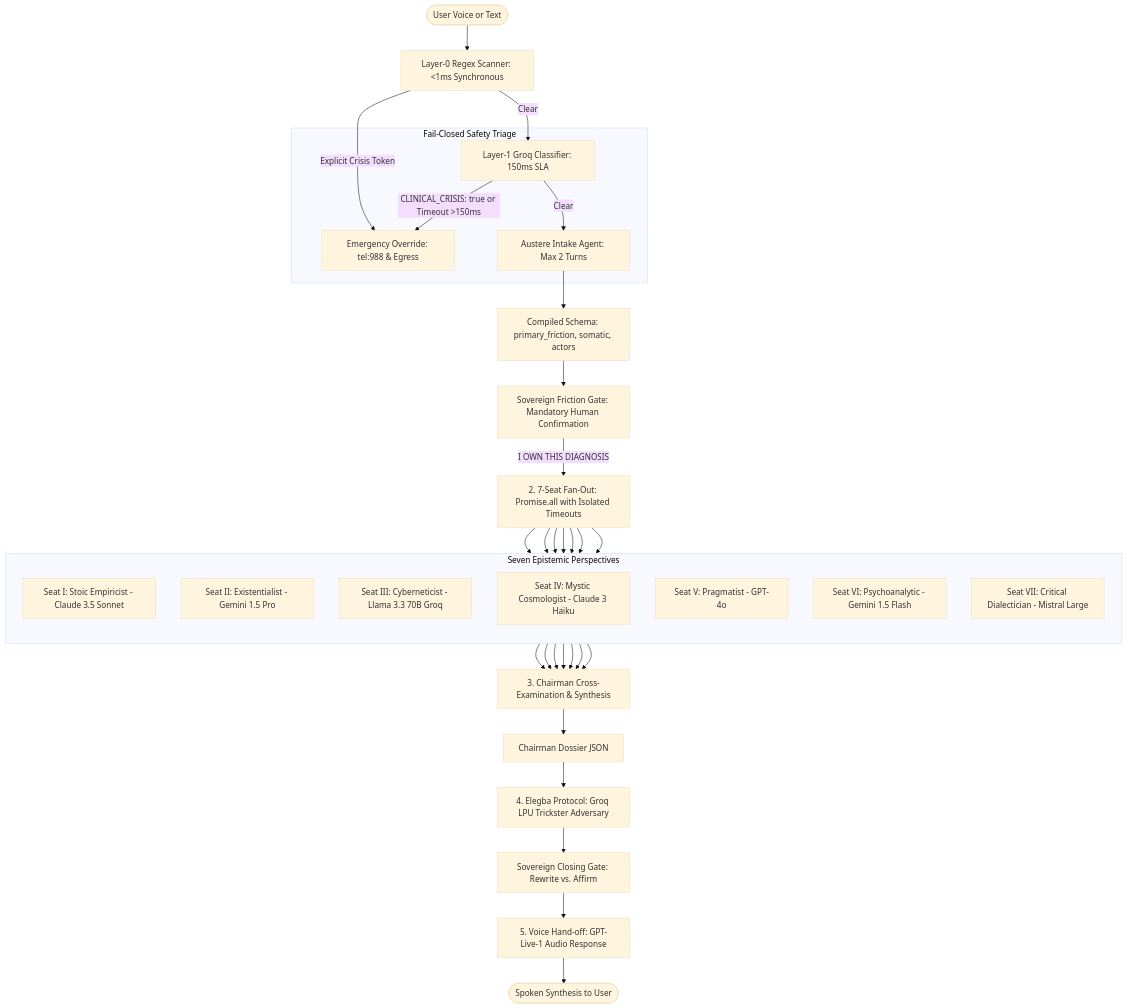
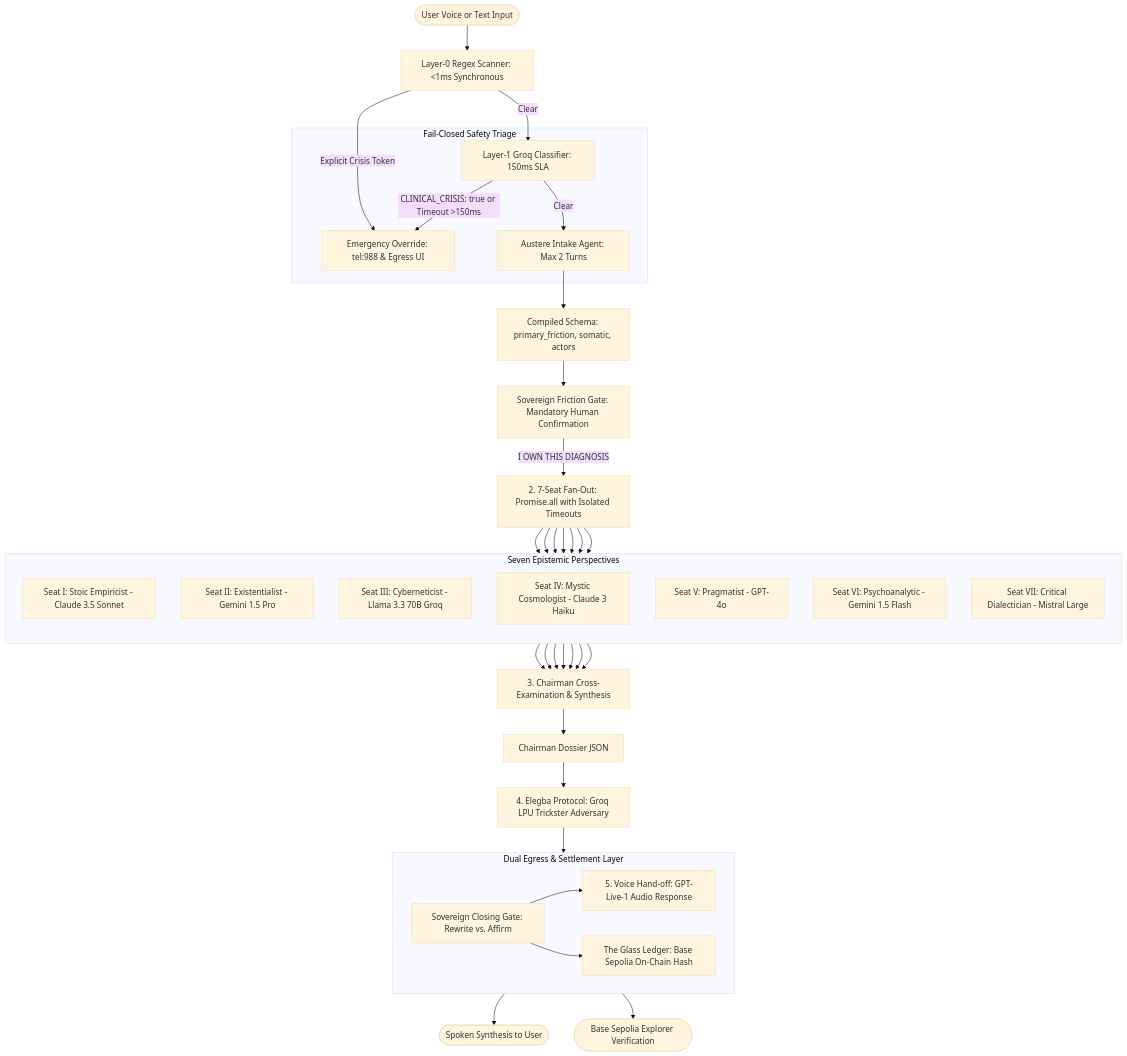
One commit to thanedouglass/ayocouncil changed the diagram in README.md. Above: the diagram before and after it, drawn with Mermaid (base theme). The commit also changed other lines of this file and 5 other files, not shown here.

````diff
--- a/README.md
+++ b/README.md
@@ -11,35 +80,42 @@
 ```mermaid
 flowchart TD
-    User([User Voice or Text]) --> L0[Layer-0 Regex Scanner: <1ms Synchronous]
-    L0 -->|Explicit Crisis Token| Intercept[Emergency Override: tel:988 & Egress]
+    User([User Voice or Text Input]) --> L0[Layer-0 Regex Scanner: <1ms Synchronous]
+    L0 -->|Explicit Crisis Token| Intercept[Emergency Override: tel:988 & Egress UI]
     L0 -->|Clear| L1[Layer-1 Groq Classifier: 150ms SLA]
     
     subgraph TriageEngine [Fail-Closed Safety Triage]
         L1 -->|CLINICAL_CRISIS: true or Timeout >150ms| Intercept
         L1 -->|Clear| Intake[Austere Intake Agent: Max 2 Turns]
     end
 
     Intake --> Schema[Compiled Schema: primary_friction, somatic, actors]
     Schema --> Gate["Sovereign Friction Gate: Mandatory Human Confirmation"]
     Gate -->|I OWN THIS DIAGNOSIS| FanOut[2. 7-Seat Fan-Out: Promise.all with Isolated Timeouts]
 
     subgraph SevenSeatCouncil [Seven Epistemic Perspectives]
         direction TB
         Seat1[Seat I: Stoic Empiricist - Claude 3.5 Sonnet]
         Seat2[Seat II: Existentialist - Gemini 1.5 Pro]
         Seat3[Seat III: Cyberneticist - Llama 3.3 70B Groq]
         Seat4[Seat IV: Mystic Cosmologist - Claude 3 Haiku]
         Seat5[Seat V: Pragmatist - GPT-4o]
         Seat6[Seat VI: Psychoanalytic - Gemini 1.5 Flash]
         Seat7[Seat VII: Critical Dialectician - Mistral Large]
     end
 
     FanOut --> Seat1 & Seat2 & Seat3 & Seat4 & Seat5 & Seat6 & Seat7
     Seat1 & Seat2 & Seat3 & Seat4 & Seat5 & Seat6 & Seat7 --> Synthesis[3. Chairman Cross-Examination & Synthesis]
 
     Synthesis --> Dossier[Chairman Dossier JSON]
     Dossier --> Elegba[4. Elegba Protocol: Groq LPU Trickster Adversary]
     Elegba --> SovGate[Sovereign Closing Gate: Rewrite vs. Affirm]
-    SovGate --> VoiceHandoff[5. Voice Hand-off: GPT-Live-1 Audio Response]
+    
+    subgraph EgressSettlement [Dual Egress & Settlement Layer]
+        direction LR
+        SovGate --> VoiceHandoff[5. Voice Hand-off: GPT-Live-1 Audio Response]
+        SovGate --> GlassLedger[The Glass Ledger: Base Sepolia On-Chain Hash]
+    end
+    
     VoiceHandoff --> Speaker([Spoken Synthesis to User])
+    GlassLedger --> BaseScan([Base Sepolia Explorer Verification])
 ```
````
